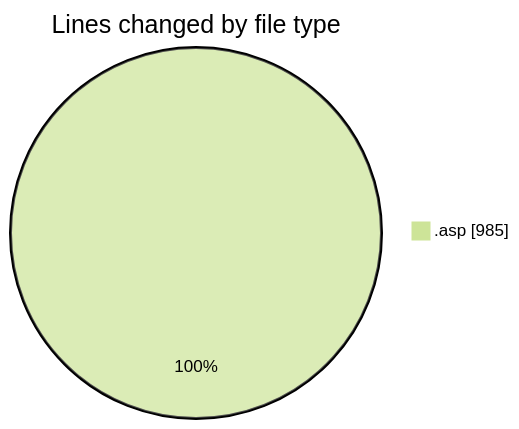
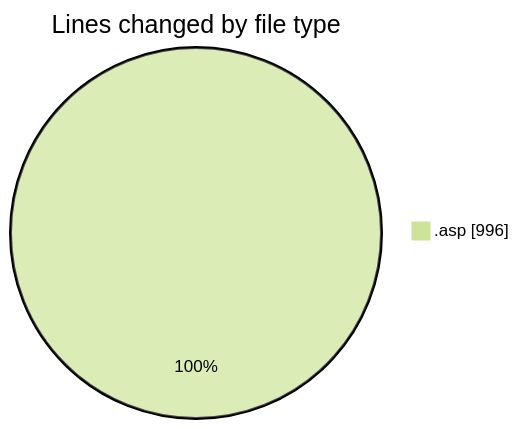
The first of 2 diagrams in 2025-10-07/cdp_aleoudev_fr__workspace_/README.md (julien-gomy/code-tracking), drawn with Mermaid (forest theme) before and after one commit. The commit also changed other lines of this file and 1 other file, not shown here.

````diff
--- a/2025-10-07/cdp_aleoudev_fr__workspace_/README.md
+++ b/2025-10-07/cdp_aleoudev_fr__workspace_/README.md
@@ -23,5 +23,5 @@
 ```mermaid
 pie showData
 title Lines changed by file type
-".asp" : 985
+".asp" : 996
 ```
````
